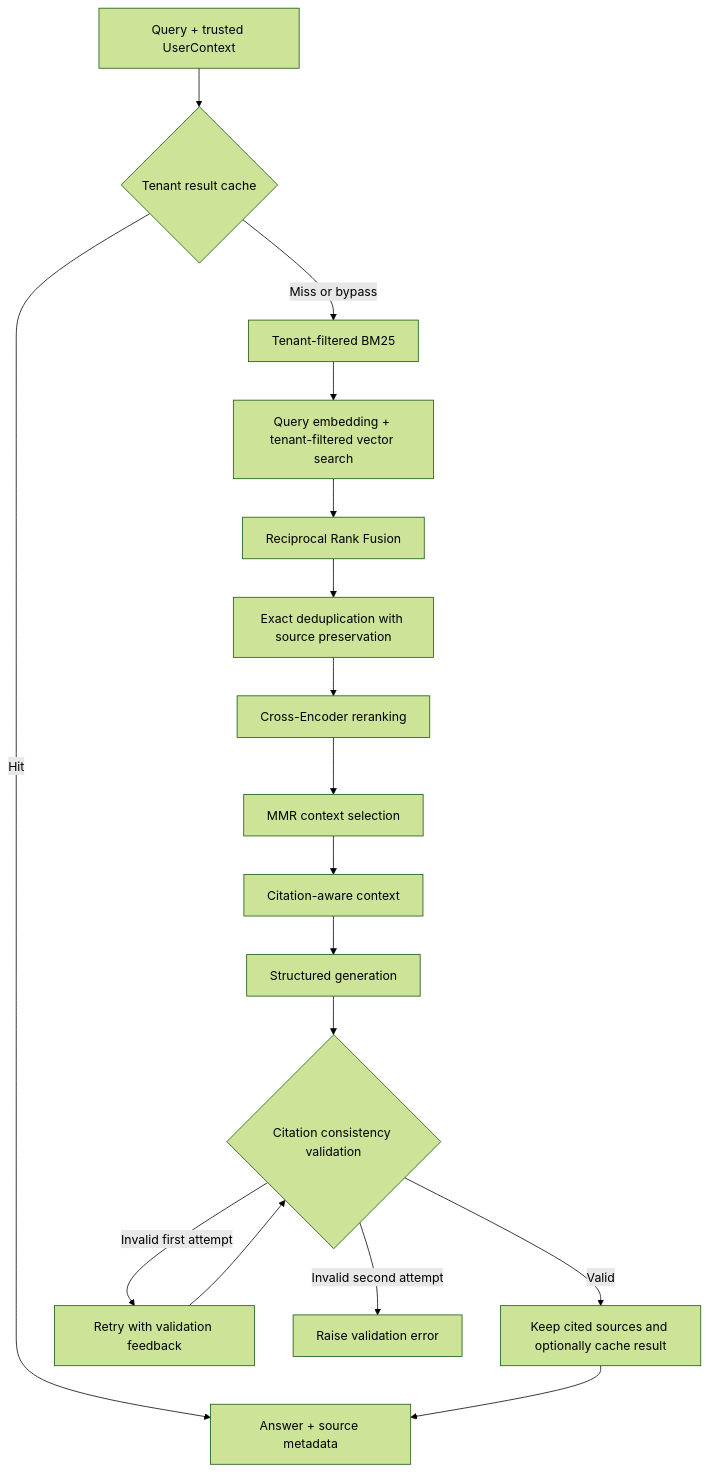
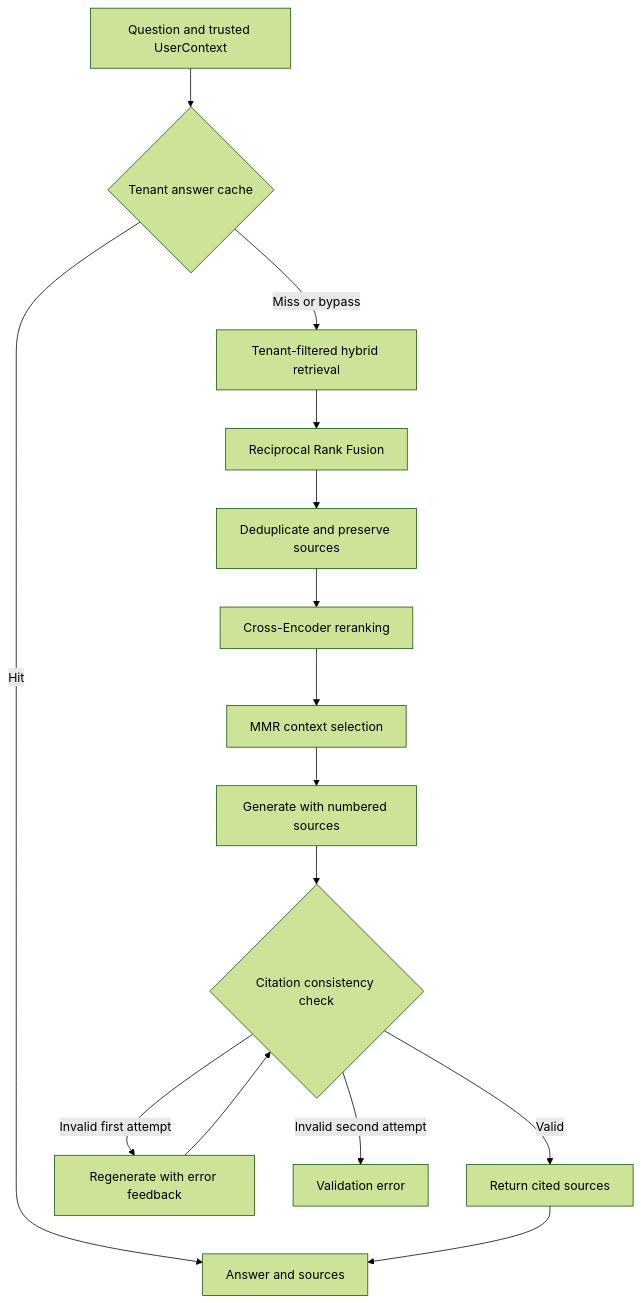
One commit to iremdinc22/enterprise-rag-platform changed the second of 2 diagrams in README.md. Above: the diagram before and after it, drawn with Mermaid (forest theme). The commit also changed other lines of this file and 1 other file, not shown here.

````diff
--- a/README.md
+++ b/README.md
@@ -50,19 +73,17 @@
 ```mermaid
 flowchart TD
-    A[Query + trusted UserContext] --> B{Tenant result cache}
-    B -->|Hit| Z[Answer + source metadata]
-    B -->|Miss or bypass| C[Tenant-filtered BM25]
-    C --> D[Query embedding + tenant-filtered vector search]
-    D --> E[Reciprocal Rank Fusion]
-    E --> F[Exact deduplication with source preservation]
-    F --> G[Cross-Encoder reranking]
-    G --> H[MMR context selection]
-    H --> I[Citation-aware context]
-    I --> J[Structured generation]
-    J --> K{Citation consistency validation}
-    K -->|Valid| L[Keep cited sources and optionally cache result]
-    L --> Z
-    K -->|Invalid first attempt| M[Retry with validation feedback]
-    M --> K
-    K -->|Invalid second attempt| N[Raise validation error]
+    A[Question and trusted UserContext] --> B{Tenant answer cache}
+    B -->|Hit| Z[Answer and sources]
+    B -->|Miss or bypass| C[Tenant-filtered hybrid retrieval]
+    C --> D[Reciprocal Rank Fusion]
+    D --> E[Deduplicate and preserve sources]
+    E --> F[Cross-Encoder reranking]
+    F --> G[MMR context selection]
+    G --> H[Generate with numbered sources]
+    H --> I{Citation consistency check}
+    I -->|Valid| J[Return cited sources]
+    J --> Z
+    I -->|Invalid first attempt| K[Regenerate with error feedback]
+    K --> I
+    I -->|Invalid second attempt| L[Validation error]
 ```
````
